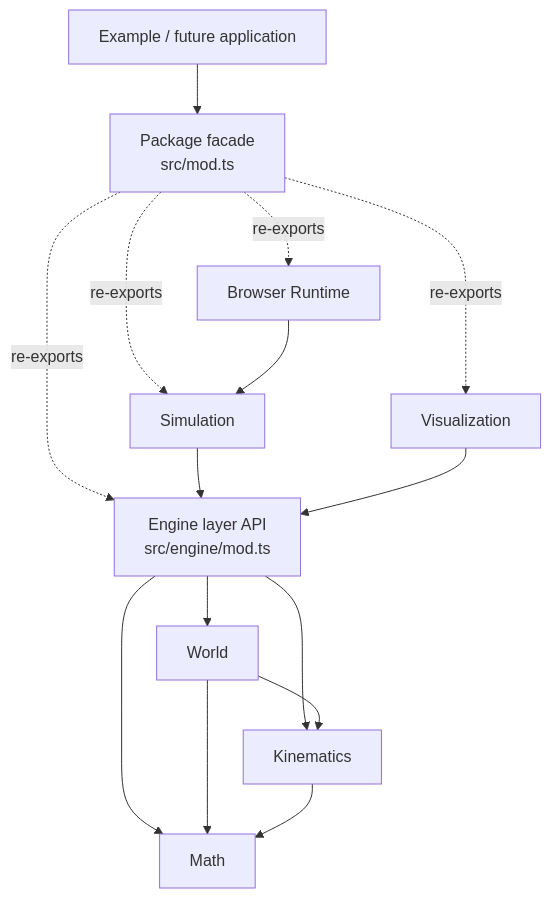
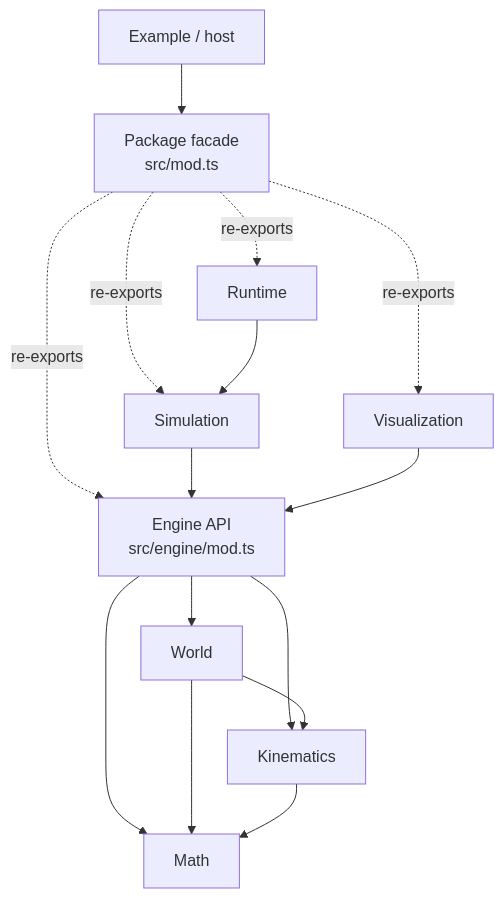
The second of 11 diagrams in docs/architecture/README.md (fa-ribeiro/vLab2D), drawn with Mermaid before and after one commit. The commit also changed other lines of this file and 4 other files, not shown here.

Commit message:
docs: reconcile phase 2 architecture

````diff
--- a/docs/architecture/README.md
+++ b/docs/architecture/README.md
@@ -119,32 +106,31 @@
 ```mermaid
 flowchart TD
-    EXAMPLE["Example / future application"]
+    EXAMPLE["Example / host"]
     PACKAGE["Package facade<br/>src/mod.ts"]
-    RUNTIME["Browser Runtime"]
+    RUNTIME["Runtime"]
     SIM["Simulation"]
     VIS["Visualization"]
-    API["Engine layer API<br/>src/engine/mod.ts"]
+    API["Engine API<br/>src/engine/mod.ts"]
     WORLD["World"]
     KIN["Kinematics"]
     MATH["Math"]
 
     EXAMPLE --> PACKAGE
 
     PACKAGE -. re-exports .-> RUNTIME
     PACKAGE -. re-exports .-> SIM
     PACKAGE -. re-exports .-> VIS
     PACKAGE -. re-exports .-> API
 
     RUNTIME --> SIM
     SIM --> API
     VIS --> API
 
     API --> WORLD
     API --> KIN
     API --> MATH
 
     WORLD --> KIN
     WORLD --> MATH
-
     KIN --> MATH
 ```
````
